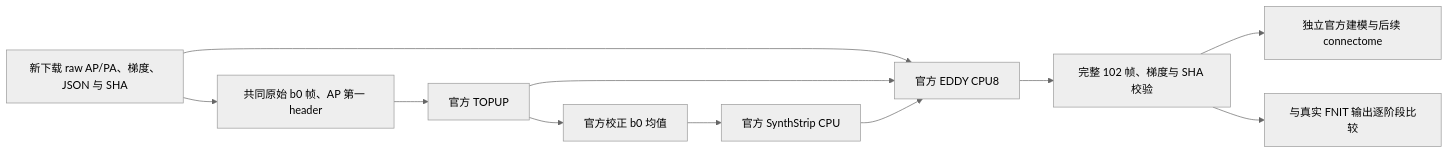
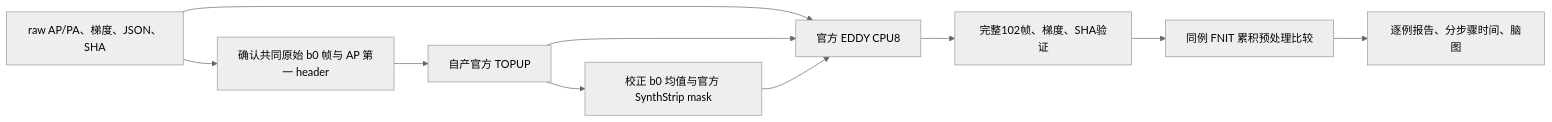
Before and after one commit to weikanggong1/Fudan-Neuroimaging-toolkit: the diagram in validation/connectome/tenraw_20261002/task_01/official_rawprep_v1/README.md, drawn with Mermaid (neutral theme). The commit also changed other lines of this file and 61 other files, not shown here.

Commit message:
docs(connectome): curate verified official CPU rawprep evidence

````diff
--- a/validation/connectome/tenraw_20261002/task_01/official_rawprep_v1/README.md
+++ b/validation/connectome/tenraw_20261002/task_01/official_rawprep_v1/README.md
@@ -9,13 +9,12 @@
 ```mermaid
 flowchart LR
-    A[新下载 raw AP/PA、梯度、JSON 与 SHA] --> B[共同原始 b0 帧、AP 第一 header]
-    B --> C[官方 TOPUP]
-    C --> D[官方校正 b0 均值]
-    D --> E[官方 SynthStrip CPU]
-    A --> F[官方 EDDY CPU8]
-    C --> F
-    E --> F
-    F --> G[完整 102 帧、梯度与 SHA 校验]
-    G --> H[独立官方建模与后续 connectome]
-    G --> I[与真实 FNIT 输出逐阶段比较]
+    R[raw AP/PA、梯度、JSON、SHA] --> P[确认共同原始 b0 帧与 AP 第一 header]
+    P --> T[自产官方 TOPUP]
+    T --> M[校正 b0 均值与官方 SynthStrip mask]
+    R --> E[官方 EDDY CPU8]
+    T --> E
+    M --> E
+    E --> V[完整102帧、梯度、SHA验证]
+    V --> C[同例 FNIT 累积预处理比较]
+    C --> D[逐例报告、分步骤时间、脑图]
 ```
````
